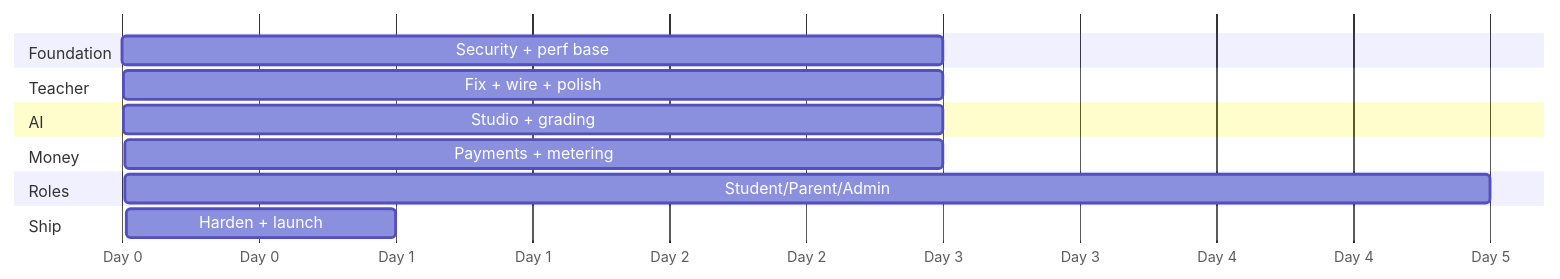
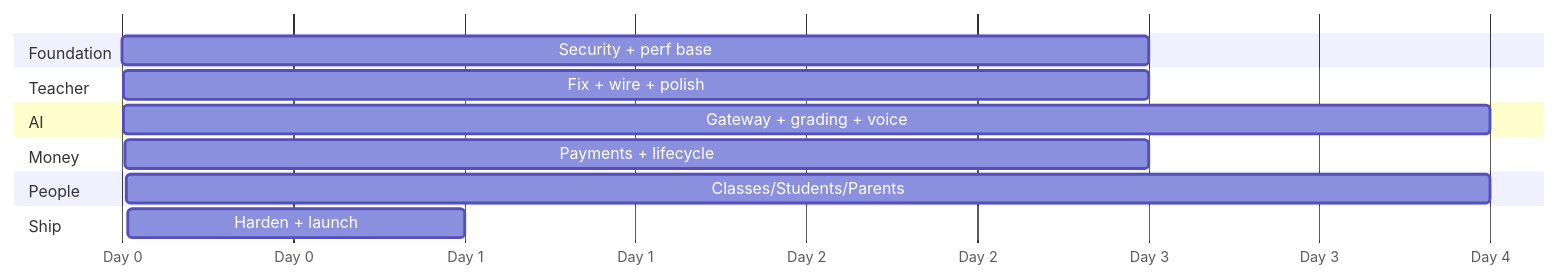
Before and after one commit to issamjq/TeachingAssistant: the second of 2 diagrams in docs/14-roadmap.md, drawn with Mermaid. The commit also changed other lines of this file and 1 other file, not shown here.

````diff
--- a/docs/14-roadmap.md
+++ b/docs/14-roadmap.md
@@ -46,17 +56,17 @@
 ```mermaid
 gantt
     dateFormat X
     axisFormat Day %s
     section Foundation
-    Security + perf base     :0, 3
+    Security + perf base      :0, 3
     section Teacher
-    Fix + wire + polish      :3, 3
+    Fix + wire + polish       :3, 3
     section AI
-    Studio + grading         :6, 3
+    Gateway + grading + voice :6, 4
     section Money
-    Payments + metering      :9, 3
-    section Roles
-    Student/Parent/Admin     :12, 5
+    Payments + lifecycle      :10, 3
+    section People
+    Classes/Students/Parents  :13, 4
     section Ship
-    Harden + launch          :17, 1
+    Harden + launch           :17, 1
 ```
````
